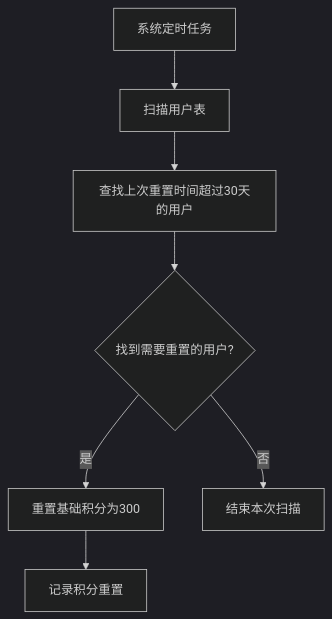
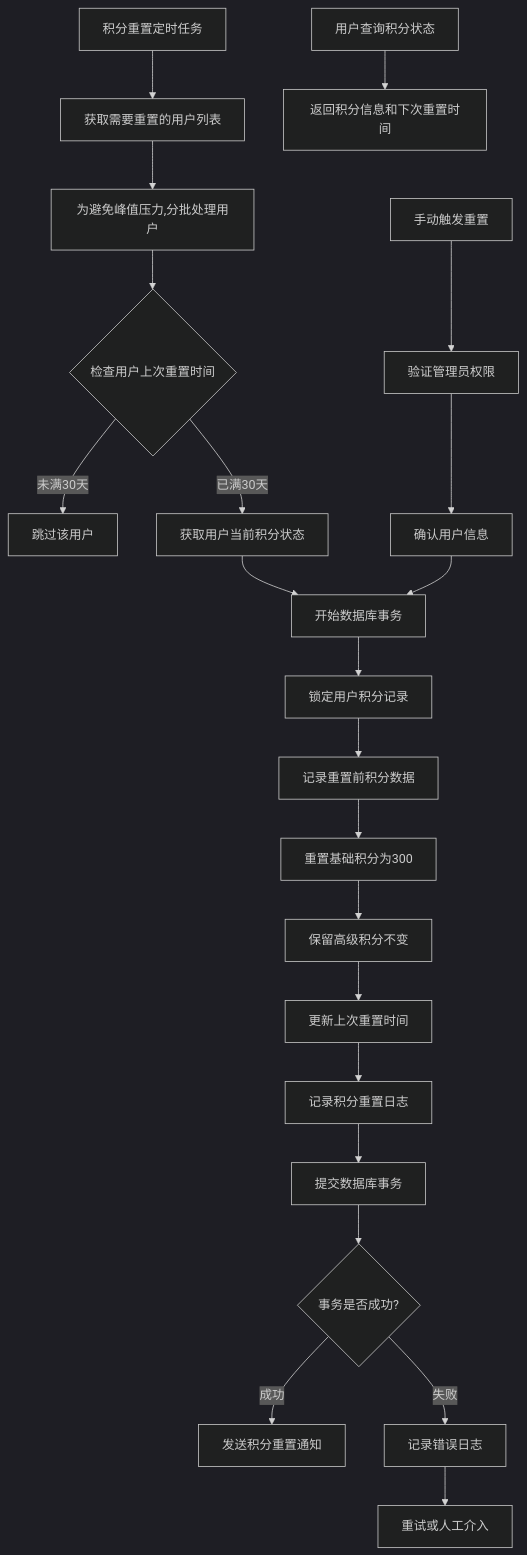
One commit to yingjianzh/iodraw-files changed the diagram in all/未命名-65.md. Above: the diagram before and after it, drawn with Mermaid (dark theme).

Commit message:
2025-05-22 14:09:47 update

````diff
--- a/all/未命名-65.md
+++ b/all/未命名-65.md
@@ -1,9 +1,31 @@
 ```mermaid
 flowchart TD
-    A[系统定时任务] --> B[扫描用户表]
-    B --> C[查找上次重置时间超过30天的用户]
-    C --> D{找到需要重置的用户?}
-    D -->|是| E[重置基础积分为300]
-    E --> F[记录积分重置]
-    D -->|否| G[结束本次扫描]
+    A[积分重置定时任务] --> B[获取需要重置的用户列表]
+    B --> C[为避免峰值压力,分批处理用户]
+    
+    C --> D{检查用户上次重置时间}
+    D -->|未满30天| E[跳过该用户]
+    D -->|已满30天| F[获取用户当前积分状态]
+    
+    F --> G[开始数据库事务]
+    G --> H[锁定用户积分记录]
+    H --> I[记录重置前积分数据]
+    
+    I --> J[重置基础积分为300]
+    J --> K[保留高级积分不变]
+    K --> L[更新上次重置时间]
+    
+    L --> M[记录积分重置日志]
+    M --> N[提交数据库事务]
+    
+    N --> O{事务是否成功?}
+    O -->|成功| P[发送积分重置通知]
+    O -->|失败| Q[记录错误日志]
+    Q --> R[重试或人工介入]
+    
+    S[手动触发重置] --> T[验证管理员权限]
+    T --> U[确认用户信息]
+    U --> G
+    
+    V[用户查询积分状态] --> W[返回积分信息和下次重置时间]
 ```
````
